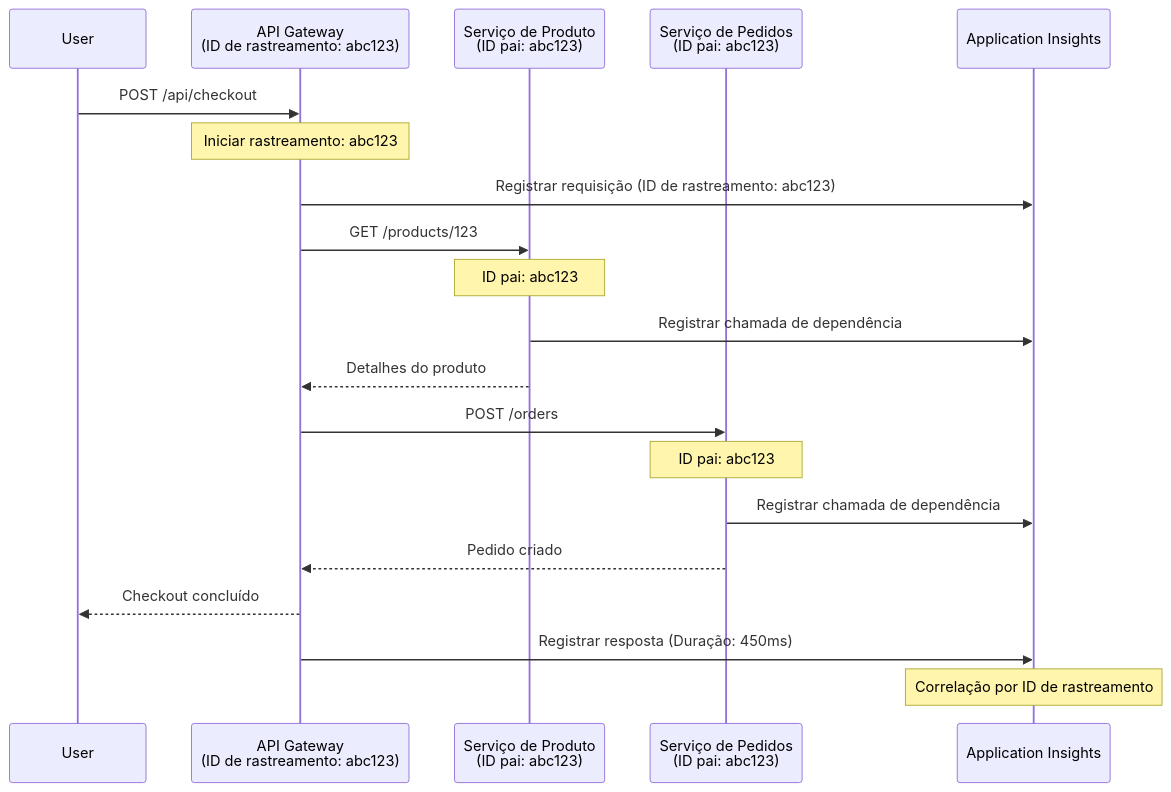
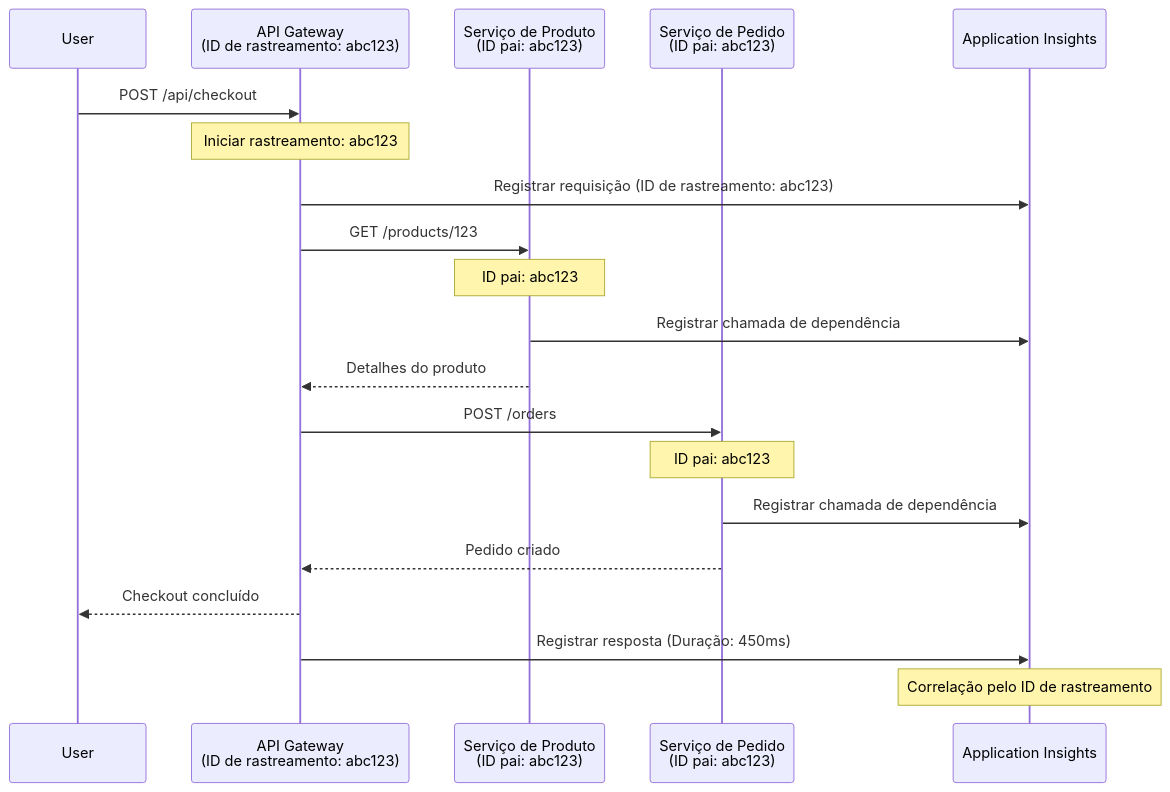
Before and after one commit to microsoft/AZD-for-beginners: the second of 2 diagrams in translations/pt-BR/docs/chapter-06-pre-deployment/application-insights.md, drawn with Mermaid. The commit also changed other lines of this file and 101 other files, not shown here.

````diff
--- a/translations/pt-BR/docs/chapter-06-pre-deployment/application-insights.md
+++ b/translations/pt-BR/docs/chapter-06-pre-deployment/application-insights.md
@@ -744,27 +744,27 @@
 ```mermaid
 sequenceDiagram
     participant User
     participant Gateway as API Gateway<br/>(ID de rastreamento: abc123)
     participant Product as Serviço de Produto<br/>(ID pai: abc123)
-    participant Order as Serviço de Pedidos<br/>(ID pai: abc123)
+    participant Order as Serviço de Pedido<br/>(ID pai: abc123)
     participant AppInsights as Application Insights
     
     User->>Gateway: POST /api/checkout
     Note over Gateway: Iniciar rastreamento: abc123
     Gateway->>AppInsights: Registrar requisição (ID de rastreamento: abc123)
     
     Gateway->>Product: GET /products/123
     Note over Product: ID pai: abc123
     Product->>AppInsights: Registrar chamada de dependência
     Product-->>Gateway: Detalhes do produto
     
     Gateway->>Order: POST /orders
     Note over Order: ID pai: abc123
     Order->>AppInsights: Registrar chamada de dependência
     Order-->>Gateway: Pedido criado
     
     Gateway-->>User: Checkout concluído
     Gateway->>AppInsights: Registrar resposta (Duração: 450ms)
     
-    Note over AppInsights: Correlação por ID de rastreamento
+    Note over AppInsights: Correlação pelo ID de rastreamento
 ```
````
